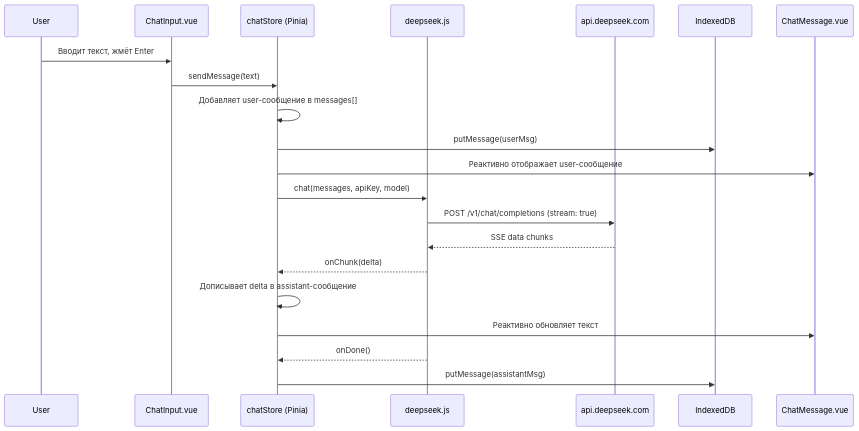
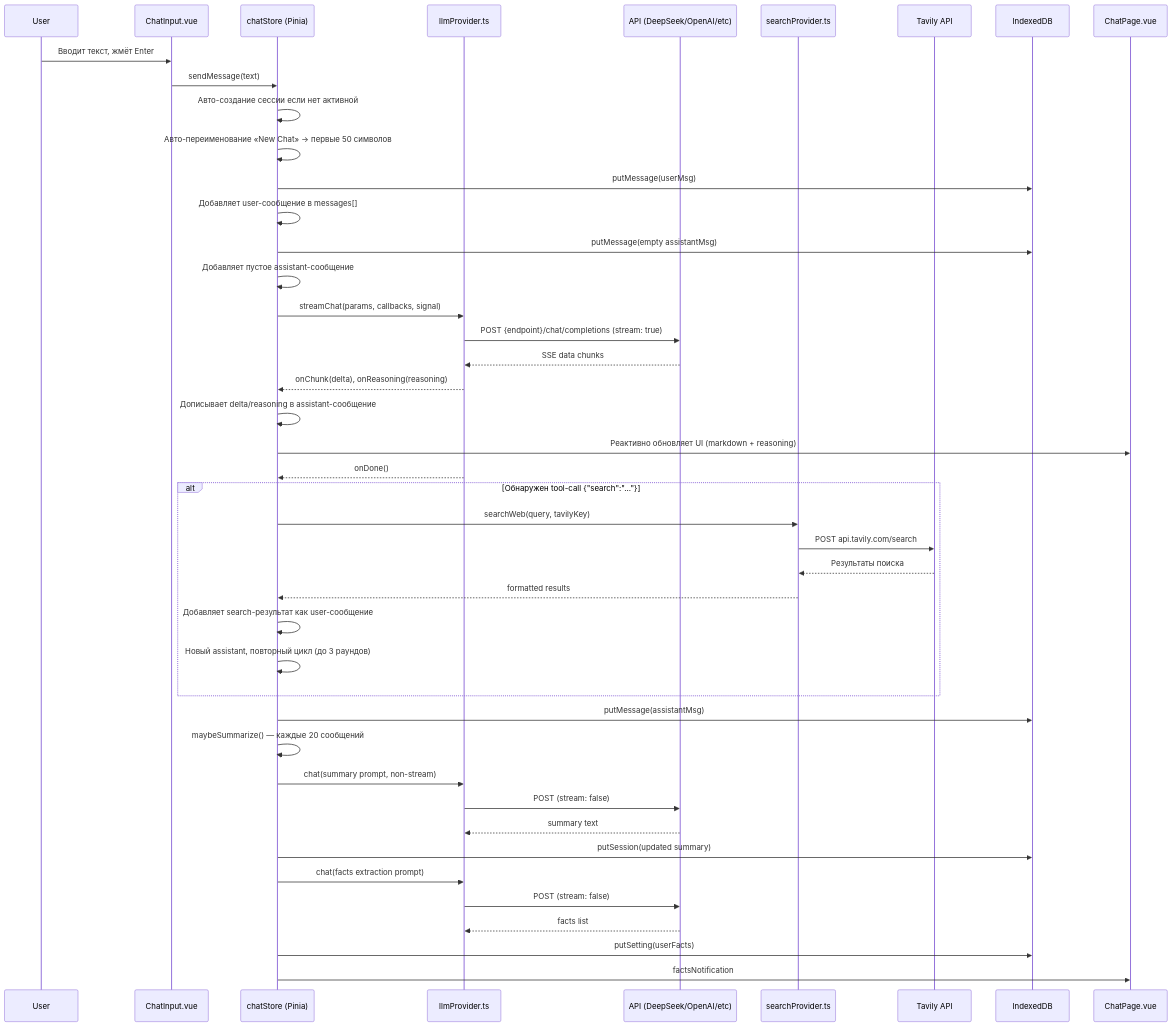
Before and after one commit to bobbjedi/openai-compatible-chat: the diagram in quasar-deepseek-chat.md, drawn with Mermaid. The commit also changed other lines of this file and 1 other file, not shown here.

````diff
--- a/quasar-deepseek-chat.md
+++ b/quasar-deepseek-chat.md
@@ -66,24 +90,49 @@
 ```mermaid
 sequenceDiagram
     participant U as User
     participant CI as ChatInput.vue
     participant CS as chatStore (Pinia)
-    participant DS as deepseek.js
-    participant API as api.deepseek.com
+    participant LP as llmProvider.ts
+    participant API as API (DeepSeek/OpenAI/etc)
+    participant SP as searchProvider.ts
+    participant TAV as Tavily API
     participant IDB as IndexedDB
-    participant CM as ChatMessage.vue
+    participant CP as ChatPage.vue
 
     U->>CI: Вводит текст, жмёт Enter
     CI->>CS: sendMessage(text)
+    CS->>CS: Авто-создание сессии если нет активной
+    CS->>CS: Авто-переименование «New Chat» → первые 50 символов
+    CS->>IDB: putMessage(userMsg)
     CS->>CS: Добавляет user-сообщение в messages[]
-    CS->>IDB: putMessage(userMsg)
-    CS->>CM: Реактивно отображает user-сообщение
-    CS->>DS: chat(messages, apiKey, model)
-    DS->>API: POST /v1/chat/completions (stream: true)
-    API-->>DS: SSE data chunks
-    DS-->>CS: onChunk(delta)
-    CS->>CS: Дописывает delta в assistant-сообщение
-    CS->>CM: Реактивно обновляет текст
-    DS-->>CS: onDone()
+    CS->>IDB: putMessage(empty assistantMsg)
+    CS->>CS: Добавляет пустое assistant-сообщение
+    CS->>LP: streamChat(params, callbacks, signal)
+    LP->>API: POST {endpoint}/chat/completions (stream: true)
+    API-->>LP: SSE data chunks
+    LP-->>CS: onChunk(delta), onReasoning(reasoning)
+    CS->>CS: Дописывает delta/reasoning в assistant-сообщение
+    CS->>CP: Реактивно обновляет UI (markdown + reasoning)
+    LP-->>CS: onDone()
+
+    alt Обнаружен tool-call {"search":"..."}
+        CS->>SP: searchWeb(query, tavilyKey)
+        SP->>TAV: POST api.tavily.com/search
+        TAV-->>SP: Результаты поиска
+        SP-->>CS: formatted results
+        CS->>CS: Добавляет search-результат как user-сообщение
+        CS->>CS: Новый assistant, повторный цикл (до 3 раундов)
+    end
+
     CS->>IDB: putMessage(assistantMsg)
+    CS->>CS: maybeSummarize() — каждые 20 сообщений
+    CS->>LP: chat(summary prompt, non-stream)
+    LP->>API: POST (stream: false)
+    API-->>LP: summary text
+    CS->>IDB: putSession(updated summary)
+    CS->>LP: chat(facts extraction prompt)
+    LP->>API: POST (stream: false)
+    API-->>LP: facts list
+    CS->>IDB: putSetting(userFacts)
+    CS->>CP: factsNotification
 ```
````
